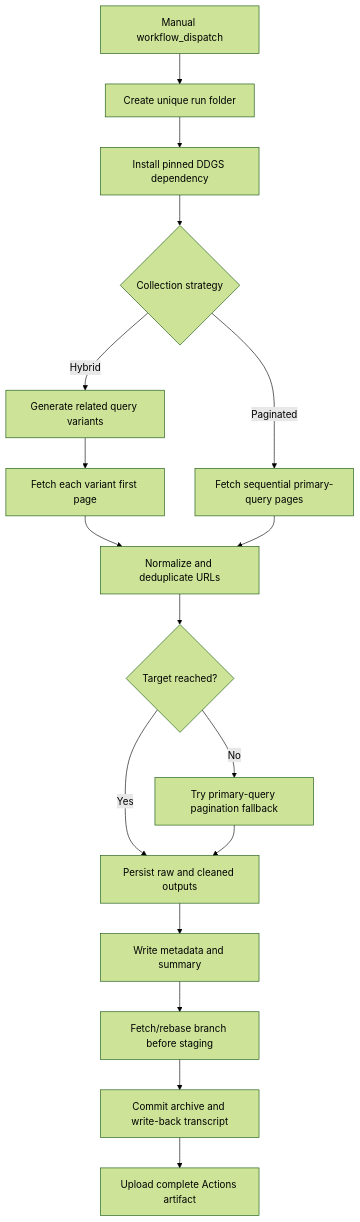
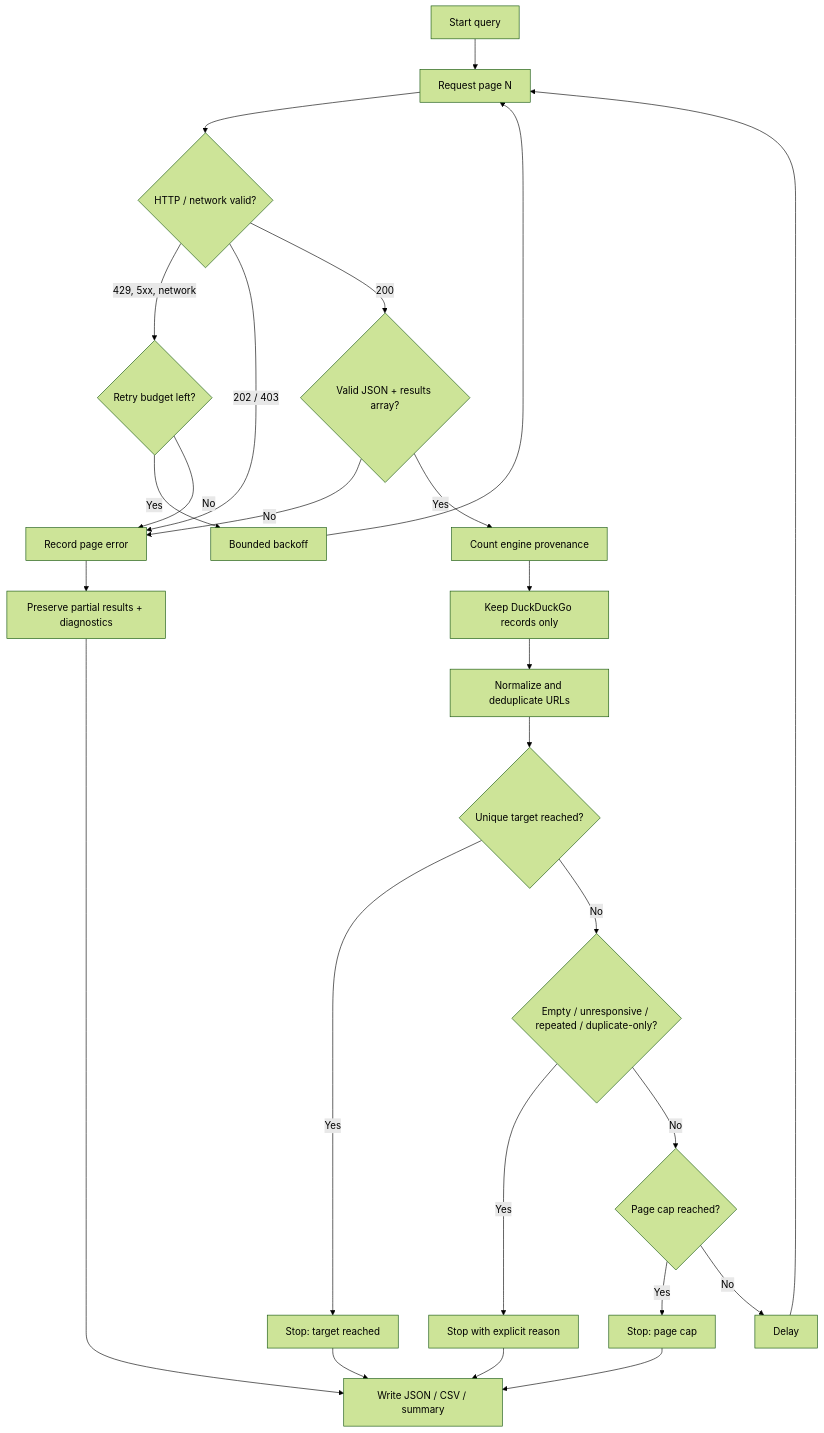
Before and after one commit to anuxlab/web-search-engine-pipeline: the second of 2 diagrams in docs/ARCHITECTURE.md, drawn with Mermaid (forest theme). The commit also changed other lines of this file and 65 other files, not shown here.

````diff
--- a/docs/ARCHITECTURE.md
+++ b/docs/ARCHITECTURE.md
@@ -5,19 +78,26 @@
 ```mermaid
 flowchart TD
-    A[Manual workflow_dispatch] --> B[Create unique run folder]
-    B --> C[Install pinned DDGS dependency]
-    C --> D{Collection strategy}
-    D -->|Hybrid| E[Generate related query variants]
-    E --> F[Fetch each variant first page]
-    F --> G[Normalize and deduplicate URLs]
-    G --> H{Target reached?}
-    H -->|No| I[Try primary-query pagination fallback]
-    H -->|Yes| J[Persist raw and cleaned outputs]
-    I --> J
-    D -->|Paginated| K[Fetch sequential primary-query pages]
-    K --> G
-    J --> L[Write metadata and summary]
-    L --> M[Fetch/rebase branch before staging]
-    M --> N[Commit archive and write-back transcript]
-    N --> O[Upload complete Actions artifact]
+  A[Start query] --> B[Request page N]
+  B --> C{HTTP / network valid?}
+  C -->|429, 5xx, network| D{Retry budget left?}
+  D -->|Yes| E[Bounded backoff] --> B
+  D -->|No| F[Record page error]
+  C -->|202 / 403| F
+  C -->|200| G{Valid JSON + results array?}
+  G -->|No| F
+  G -->|Yes| H[Count engine provenance]
+  H --> I[Keep DuckDuckGo records only]
+  I --> J[Normalize and deduplicate URLs]
+  J --> K{Unique target reached?}
+  K -->|Yes| L[Stop: target reached]
+  K -->|No| M{Empty / unresponsive / repeated / duplicate-only?}
+  M -->|Yes| N[Stop with explicit reason]
+  M -->|No| O{Page cap reached?}
+  O -->|Yes| P[Stop: page cap]
+  O -->|No| Q[Delay] --> B
+  F --> R[Preserve partial results + diagnostics]
+  L --> S[Write JSON / CSV / summary]
+  N --> S
+  P --> S
+  R --> S
 ```
````
